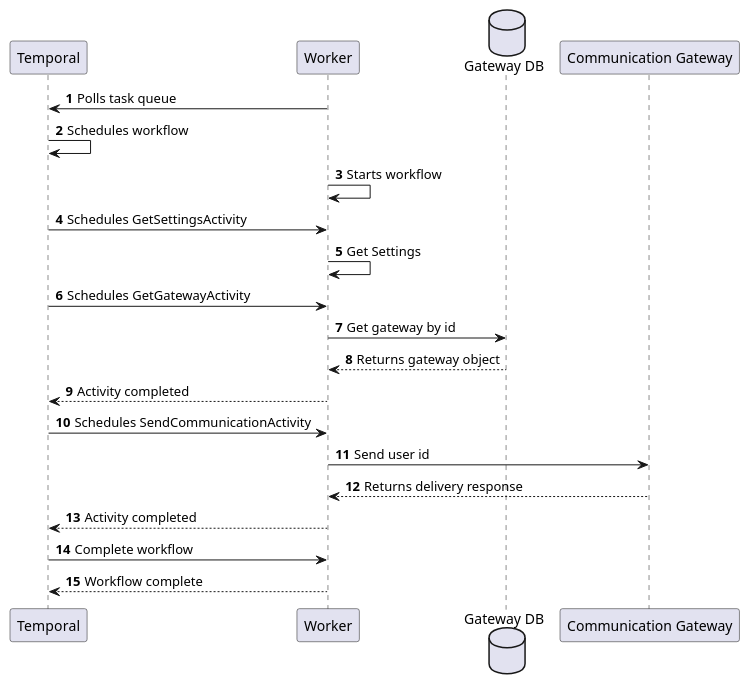
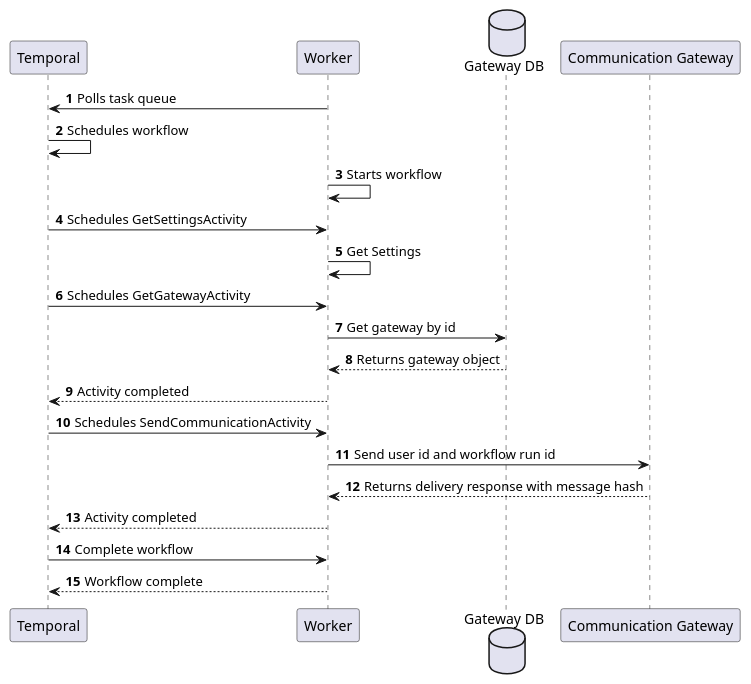
The diagram in Designs/Sequence Diagrams/SendCommunication.puml (CameronWard301/communication_scheduler), drawn with PlantUML before and after one commit. The commit also changed 9 other files, not shown here.

Commit message:
refined Gateway design to accept workflowRunId

```diff
--- a/Designs/Sequence Diagrams/SendCommunication.puml
+++ b/Designs/Sequence Diagrams/SendCommunication.puml
@@ -1,27 +1,27 @@
 @startuml Create New Workflow
 
 participant "Temporal" as temporal
 participant "Worker" as worker
 database "Gateway DB" as gwdb
 
 participant "Communication Gateway" as cgw
 
 autonumber
 
 worker -> temporal: Polls task queue
 temporal -> temporal: Schedules workflow
 worker -> worker: Starts workflow
 temporal -> worker: Schedules GetSettingsActivity
 worker -> worker: Get Settings
 
 temporal -> worker: Schedules GetGatewayActivity
 worker -> gwdb: Get gateway by id
 gwdb --> worker: Returns gateway object
 worker --> temporal: Activity completed
 temporal -> worker: Schedules SendCommunicationActivity
-worker -> cgw: Send user id
-cgw --> worker: Returns delivery response
+worker -> cgw: Send user id and workflow run id
+cgw --> worker: Returns delivery response with message hash
 worker --> temporal: Activity completed
 temporal -> worker: Complete workflow
 worker --> temporal: Workflow complete
 @enduml
```
